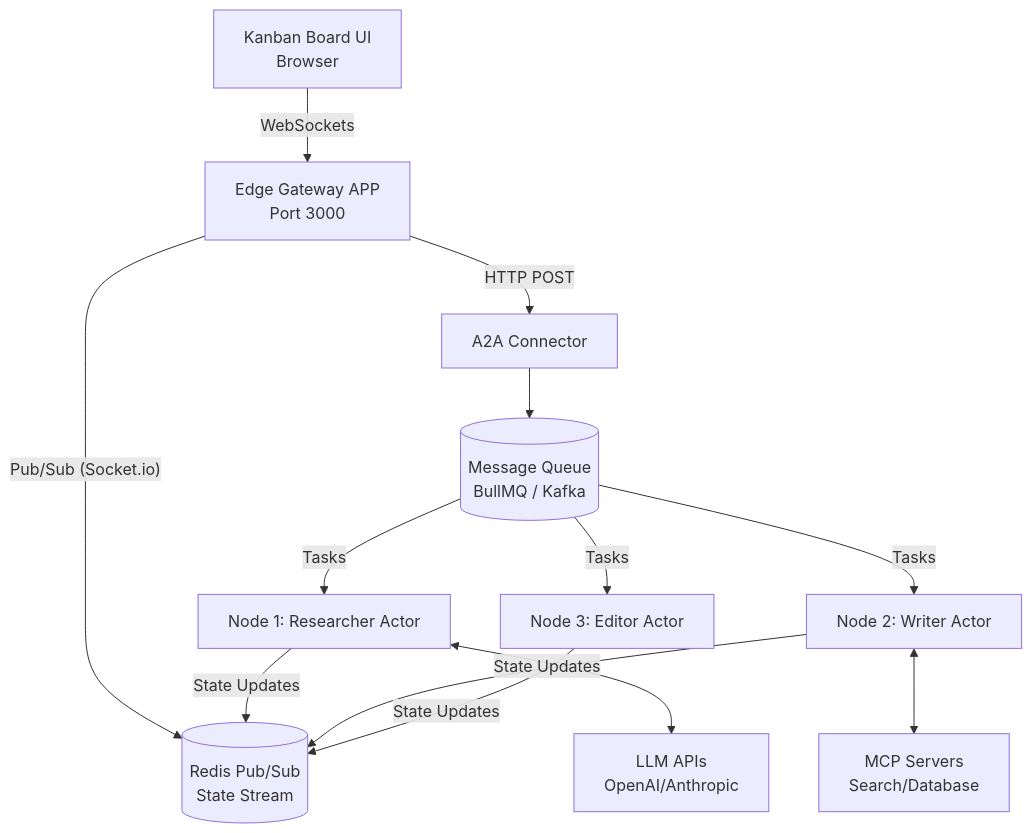
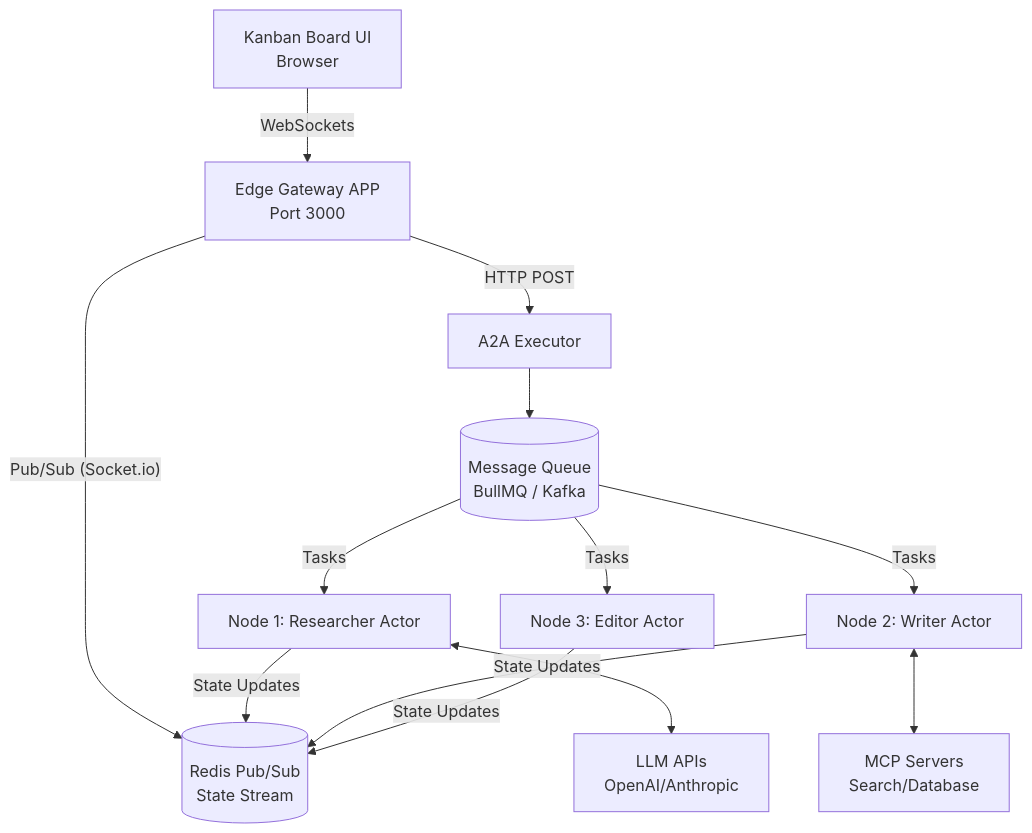
Before and after one commit to andreibesleaga/kaiban-distributed: the second of 4 diagrams in README.md, drawn with Mermaid. The commit also changed other lines of this file and 13 other files, not shown here.

````diff
--- a/README.md
+++ b/README.md
@@ -194,19 +194,19 @@
 ```mermaid
 graph TD
     UI[Kanban Board UI<br>Browser] -- WebSockets --> Gateway[Edge Gateway APP<br>Port 3000]
     Gateway -- Pub/Sub (Socket.io) --> RedisPubSub[(Redis Pub/Sub<br>State Stream)]
-    Gateway -- HTTP POST --> A2A[A2A Connector]
+    Gateway -- HTTP POST --> A2A[A2A Executor]
     
     A2A --> Queue[(Message Queue<br>BullMQ / Kafka)]
     
     Queue --> |Tasks| AgentA[Node 1: Researcher Actor]
     Queue --> |Tasks| AgentB[Node 2: Writer Actor]
     Queue --> |Tasks| AgentC[Node 3: Editor Actor]
     
     AgentA -- State Updates --> RedisPubSub
     AgentB -- State Updates --> RedisPubSub
     AgentC -- State Updates --> RedisPubSub
     
     AgentA <--> LLM[LLM APIs<br>OpenAI/Anthropic]
     AgentB <--> MCP[MCP Servers<br>Search/Database]
 ```
````
